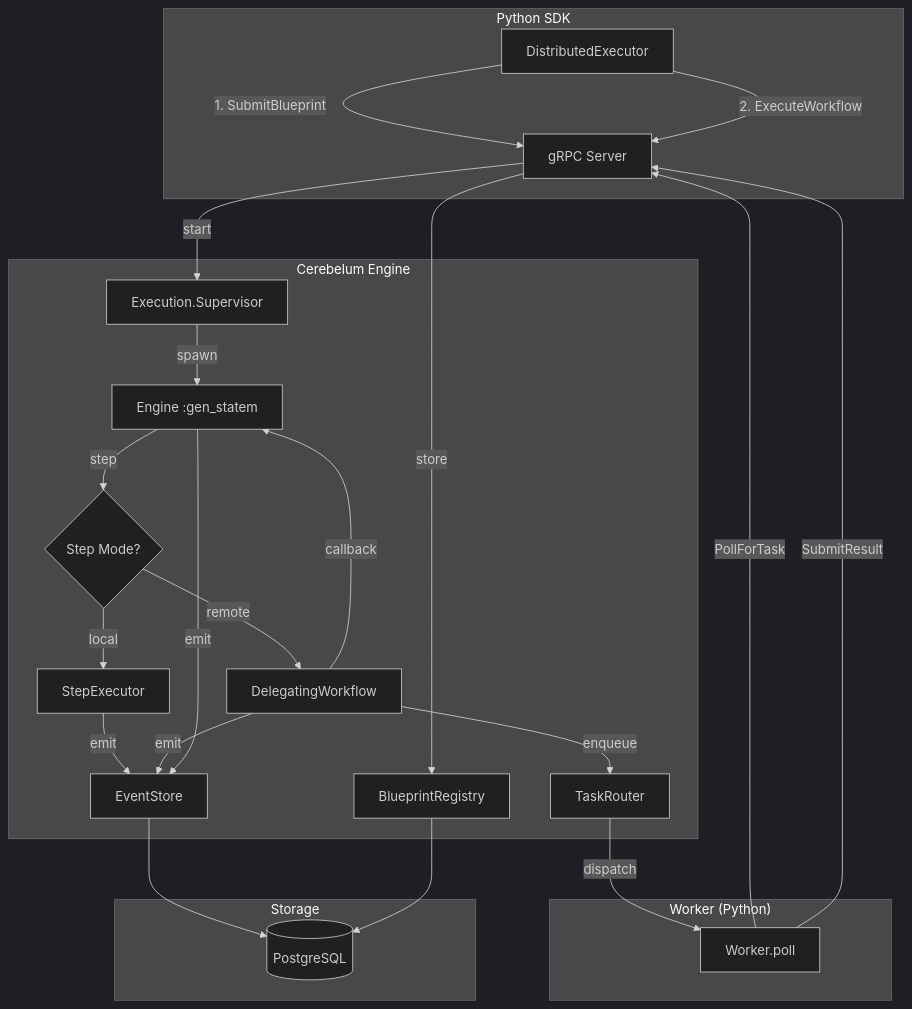
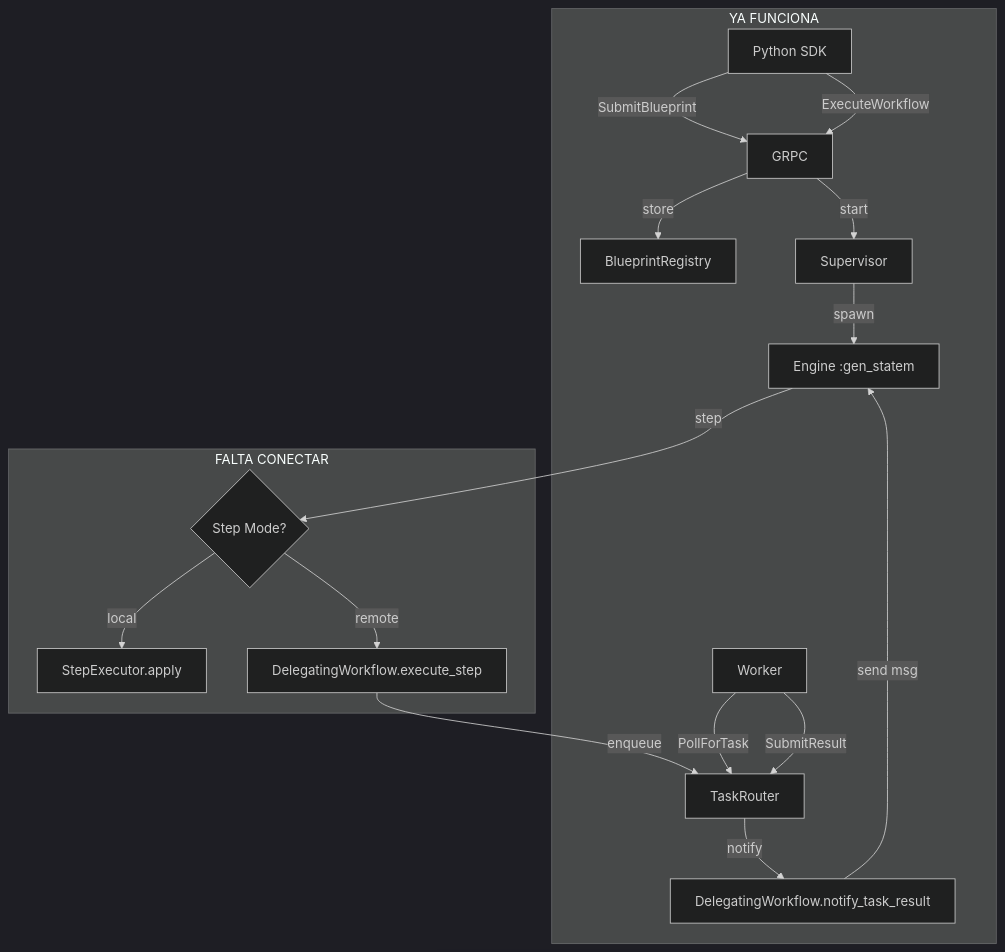
The diagram in .openspec/python-distributed-execution/design.md (ZeaCl/cerebelum), drawn with Mermaid (dark theme) before and after one commit. The commit also changed other lines of this file and 1 other file, not shown here.

First line of the commit message:
docs: update openspec — DelegatingWorkflow is correct design, just needs wiring

````diff
--- a/.openspec/python-distributed-execution/design.md
+++ b/.openspec/python-distributed-execution/design.md
@@ -8,35 +8,21 @@
 ```mermaid
 graph TB
-    subgraph "Python SDK"
-        SDK[DistributedExecutor]
-        SDK -->|1. SubmitBlueprint| GRPC
-        SDK -->|2. ExecuteWorkflow| GRPC
+    subgraph "YA FUNCIONA"
+        SDK[Python SDK] -->|SubmitBlueprint| GRPC
+        SDK -->|ExecuteWorkflow| GRPC
+        W[Worker] -->|PollForTask| TR[TaskRouter]
+        W -->|SubmitResult| TR
+        GRPC -->|store| BP[BlueprintRegistry]
+        GRPC -->|start| SUP[Supervisor]
+        SUP -->|spawn| ENG[Engine :gen_statem]
+        TR -->|notify| DW2[DelegatingWorkflow.notify_task_result]
+        DW2 -->|send msg| ENG
     end
 
-    subgraph "Worker (Python)"
-        W[Worker.poll]
-        W -->|PollForTask| GRPC
-        W -->|SubmitResult| GRPC
-    end
-
-    subgraph "Cerebelum Engine"
-        GRPC[gRPC Server]
-        GRPC -->|store| BP[BlueprintRegistry]
-        GRPC -->|start| SUP[Execution.Supervisor]
-        SUP -->|spawn| ENG[Engine :gen_statem]
+    subgraph "FALTA CONECTAR"
         ENG -->|step| MODE{Step Mode?}
-        MODE -->|local| SE[StepExecutor]
-        MODE -->|remote| DW[DelegatingWorkflow]
-        DW -->|enqueue| TR[TaskRouter]
-        TR -->|dispatch| W
-        DW -->|callback| ENG
-        SE -->|emit| ES[EventStore]
-        DW -->|emit| ES
-        ENG -->|emit| ES
-    end
-
-    subgraph "Storage"
-        ES --> PG[(PostgreSQL)]
-        BP --> PG
+        MODE -->|local| SE[StepExecutor.apply]
+        MODE -->|remote| DW[DelegatingWorkflow.execute_step]
+        DW -->|enqueue| TR
     end
 ```
````
